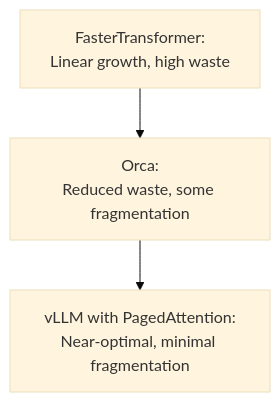
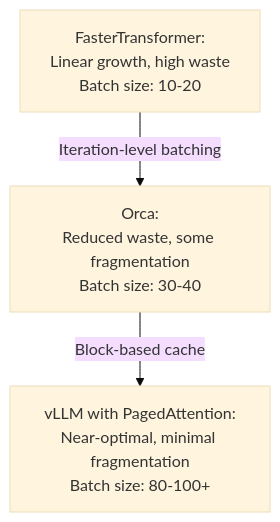
The sixth of 37 diagrams in lab0.2/README.md (Shahriarin2garden/vllm_from_scratch), drawn with Mermaid (base theme) before and after one commit. The commit also changed other lines of this file, not shown here.

Commit message:
Refactor diagrams in README.md for improved clarity and detail

````diff
--- a/lab0.2/README.md
+++ b/lab0.2/README.md
@@ -196,7 +199,8 @@
 ```mermaid
 graph TB
-    FT["FasterTransformer:<br/>Linear growth, high waste"]
-    Orca["Orca:<br/>Reduced waste, some fragmentation"]
-    vLLM["vLLM with PagedAttention:<br/>Near-optimal, minimal fragmentation"]
-    FT --> Orca --> vLLM
+    FT["FasterTransformer:<br/>Linear growth, high waste<br/>Batch size: 10-20"]
+    Orca["Orca:<br/>Reduced waste, some fragmentation<br/>Batch size: 30-40"]
+    vLLM["vLLM with PagedAttention:<br/>Near-optimal, minimal fragmentation<br/>Batch size: 80-100+"]
+    FT -->|Iteration-level batching| Orca
+    Orca -->|Block-based cache| vLLM
 ```
````
